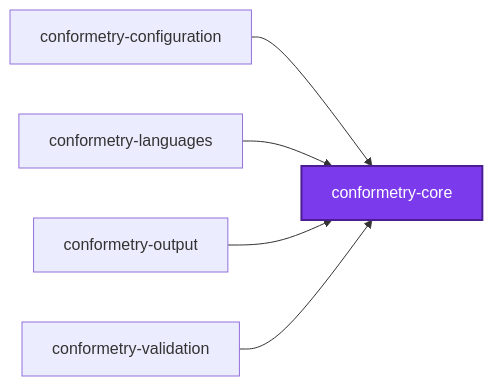
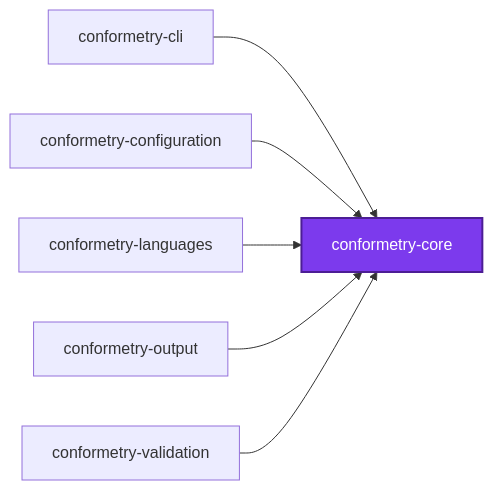
Before and after one commit to JimmyPaolini/codebase: the first of 3 diagrams in packages/ic-suite/conformetry/conformetry-core/README.md, drawn with Mermaid. The commit also changed other lines of this file and 18 other files, not shown here.

Commit message:
refactor(conformetry,configuration): ♻️ leave the root readme graphs alone and name core contracts once

````diff
--- a/packages/ic-suite/conformetry/conformetry-core/README.md
+++ b/packages/ic-suite/conformetry/conformetry-core/README.md
@@ -158,14 +159,16 @@
 ```mermaid
 graph LR
+  conformetry_cli["conformetry-cli"]
   conformetry_configuration["conformetry-configuration"]
   conformetry_core["conformetry-core"]
   conformetry_languages["conformetry-languages"]
   conformetry_output["conformetry-output"]
   conformetry_validation["conformetry-validation"]
+  conformetry_cli --> conformetry_core
   conformetry_configuration --> conformetry_core
   conformetry_languages --> conformetry_core
   conformetry_output --> conformetry_core
   conformetry_validation --> conformetry_core
   classDef subject fill:#7c3aed,color:#fff,stroke:#4c1d95,stroke-width:2px
   class conformetry_core subject
 ```
````
